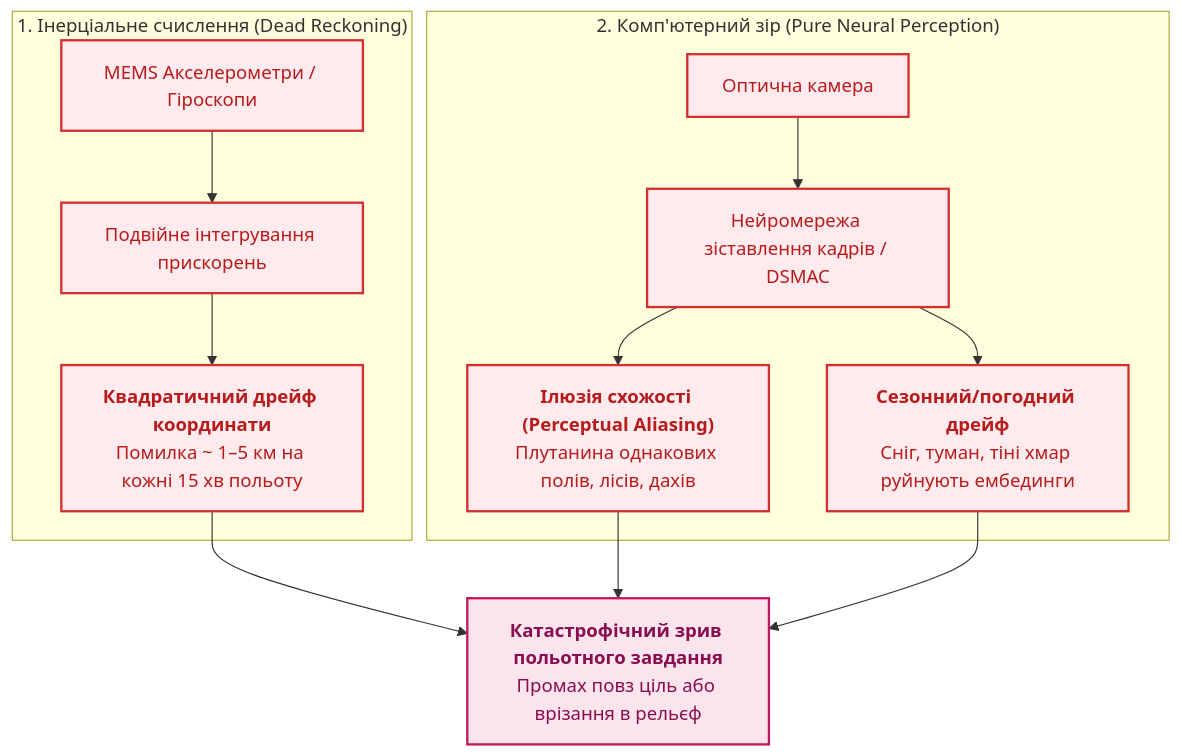
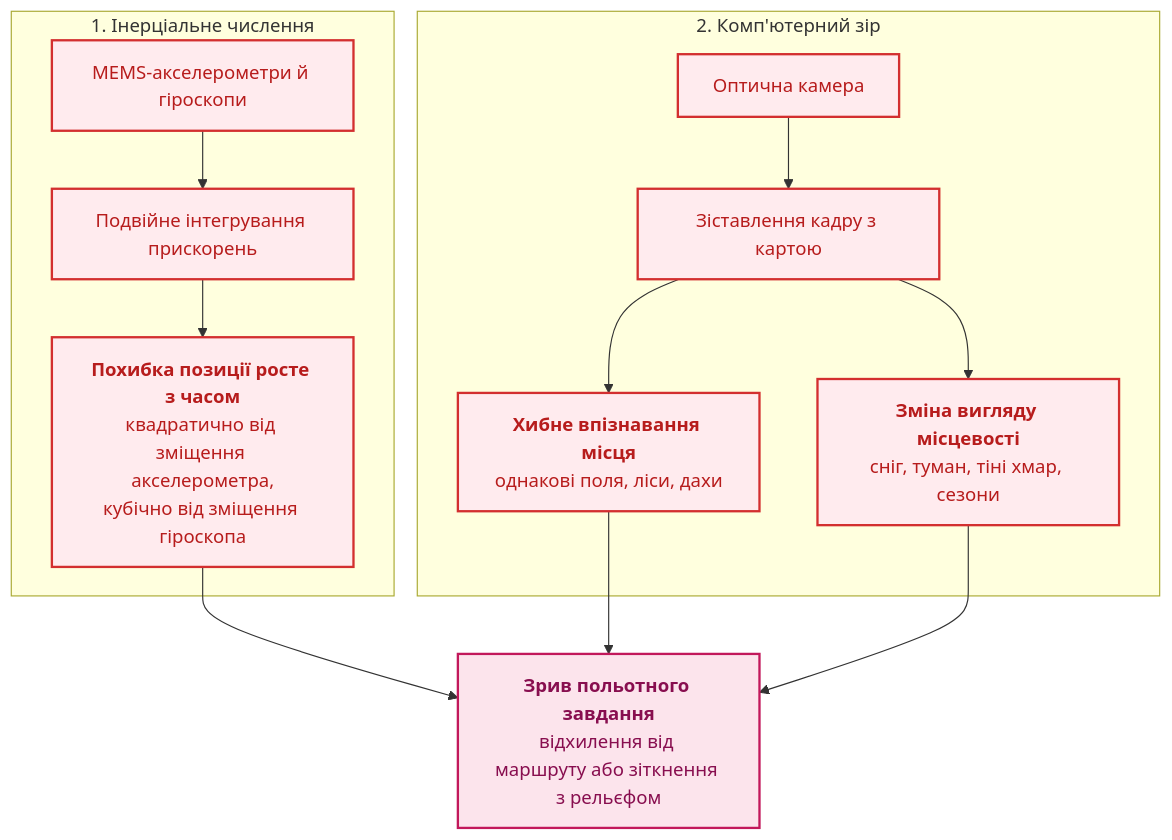
Before and after one commit to nick-fedchik/articles: the first of 5 diagrams in ExpertSystem/appendix-c-autonomous-navigation-and-geosearch.md, drawn with Mermaid. The commit also changed other lines of this file, not shown here.

````diff
--- a/ExpertSystem/appendix-c-autonomous-navigation-and-geosearch.md
+++ b/ExpertSystem/appendix-c-autonomous-navigation-and-geosearch.md
@@ -20,26 +17,26 @@
 ```mermaid
 flowchart TD
-    accTitle: Пастка сенсорного дрейфу та ілюзій зору без GNSS
-    accDescr: Накопичення похибки інерціальної системи та ризики нейромережевих ілюзій зору.
+    accTitle: Два механізми втрати орієнтації без GNSS
+    accDescr: Накопичення похибки інерціального числення та хибні зіставлення комп'ютерного зору.
 
-    subgraph Problem1["1. Інерціальне счислення (Dead Reckoning)"]
-        IMU["MEMS Акселерометри / Гіроскопи"] --> INT1["Подвійне інтегрування прискорень"]
-        INT1 --> DRIFT["<b>Квадратичний дрейф координати</b><br/>Помилка ~ 1–5 км на кожні 15 хв польоту"]
+    subgraph Problem1["1. Інерціальне числення"]
+        IMU["MEMS-акселерометри й гіроскопи"] --> INT1["Подвійне інтегрування прискорень"]
+        INT1 --> DRIFT["<b>Похибка позиції росте з часом</b><br/>квадратично від зміщення акселерометра,<br/>кубічно від зміщення гіроскопа"]
     end
 
-    subgraph Problem2["2. Комп'ютерний зір (Pure Neural Perception)"]
-        CAM["Оптична камера"] --> CNN["Нейромережа зіставлення кадрів / DSMAC"]
-        CNN --> ERR["<b>Ілюзія схожості (Perceptual Aliasing)</b><br/>Плутанина однакових полів, лісів, дахів"]
-        CNN --> DRIFT2["<b>Сезонний/погодний дрейф</b><br/>Сніг, туман, тіні хмар руйнують ембединги"]
+    subgraph Problem2["2. Комп'ютерний зір"]
+        CAM["Оптична камера"] --> CNN["Зіставлення кадру з картою"]
+        CNN --> ERR["<b>Хибне впізнавання місця</b><br/>однакові поля, ліси, дахи"]
+        CNN --> DRIFT2["<b>Зміна вигляду місцевості</b><br/>сніг, туман, тіні хмар, сезони"]
     end
 
-    DRIFT --> FAIL["<b>Катастрофічний зрив польотного завдання</b><br/>Промах повз ціль або врізання в рельєф"]
+    DRIFT --> FAIL["<b>Зрив польотного завдання</b><br/>відхилення від маршруту або зіткнення з рельєфом"]
     ERR --> FAIL
     DRIFT2 --> FAIL
 
     classDef prob fill:#ffebee,stroke:#d32f2f,stroke-width:2px,color:#b71c1c;
     classDef fail fill:#fce4ec,stroke:#c2185b,stroke-width:2px,color:#880e4f;
 
     class IMU,INT1,DRIFT,CAM,CNN,ERR,DRIFT2 prob;
     class FAIL fail;
 ```
````
